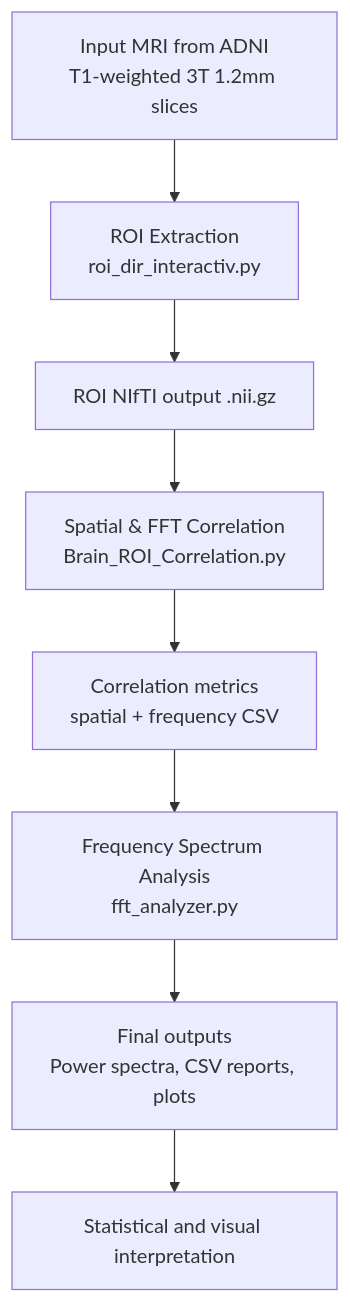
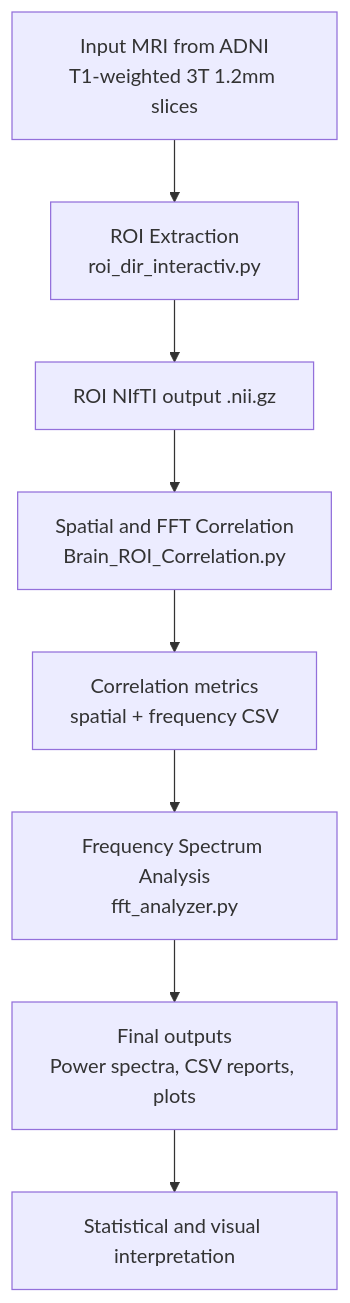
The diagram in README.md (AmirhoseinNasrollahi/alzheimers-early-detection), drawn with Mermaid before and after one commit.

````diff
--- a/README.md
+++ b/README.md
@@ -24,10 +24,10 @@
 ```mermaid
 flowchart TD
     A[Input MRI from ADNI\nT1-weighted 3T 1.2mm slices] --> B[ROI Extraction\nroi_dir_interactiv.py]
     B --> C[ROI NIfTI output .nii.gz]
-    C --> D[Spatial & FFT Correlation\nBrain_ROI_Correlation.py]
+    C --> D[Spatial and FFT Correlation\nBrain_ROI_Correlation.py]
     D --> E[Correlation metrics\nspatial + frequency CSV]
     E --> F[Frequency Spectrum Analysis\nfft_analyzer.py]
     F --> G[Final outputs\nPower spectra, CSV reports, plots]
     G --> H[Statistical and visual interpretation]
 ```
````
